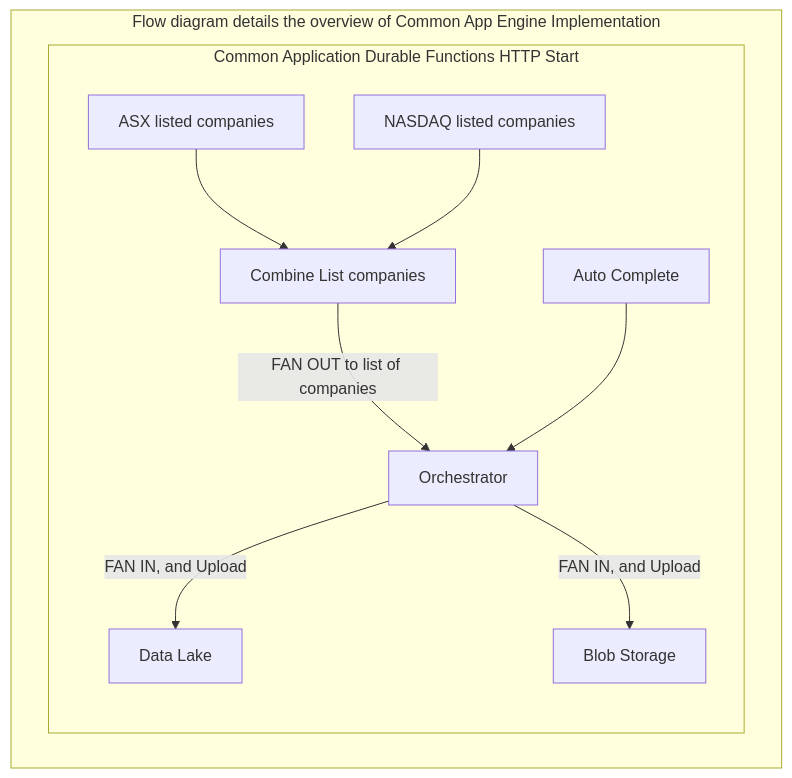
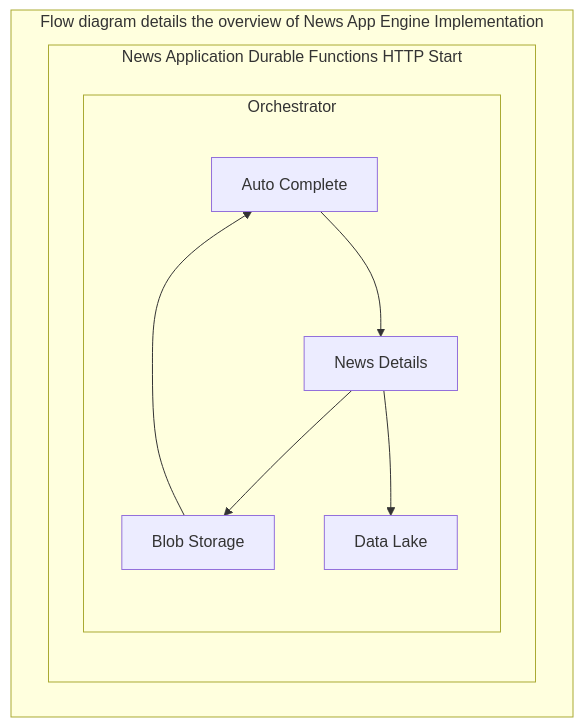
One commit to Market-Finance/newsApps changed the diagram in README.md. Above: the diagram before and after it, drawn with Mermaid. The commit also changed other lines of this file and 6 other files, not shown here.

Commit message:
News App changes from template

````diff
--- a/README.md
+++ b/README.md
@@ -182,21 +182,18 @@
 ```mermaid
     flowchart TD
-    subgraph Flow diagram details the overview of Common App Engine Implementation
+    subgraph Flow diagram details the overview of News App Engine Implementation
             A[Auto Complete]
-            BA[ASX listed companies]
-            BB[NASDAQ listed companies]
-            B[Combine List companies]
-            D[Orchestrator]
+            B[News Details]
             F[Blob Storage]
             G[Data Lake]
 
-            subgraph Common Application Durable Functions HTTP Start
-                BA --> B
-                BB --> B
-                D -- FAN IN, and Upload --> G 
-                D -- FAN IN, and Upload --> F
-                B -- FAN OUT to list of companies --> D 
-                A --> D
-                end
-            end    
+            subgraph News Application Durable Functions HTTP Start
+                subgraph Orchestrator
+                F --> A
+                A --> B
+                B --> F
+                B --> G
+                end 
+            end
+        end
 ```
````
